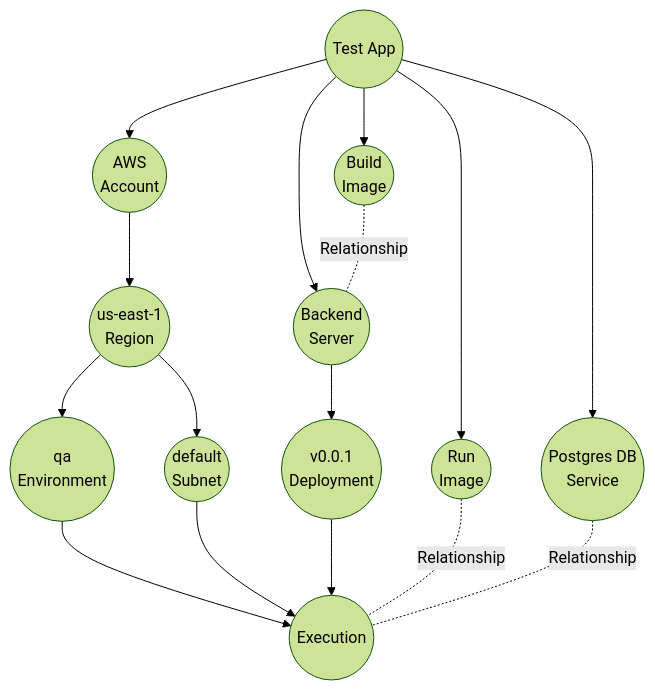
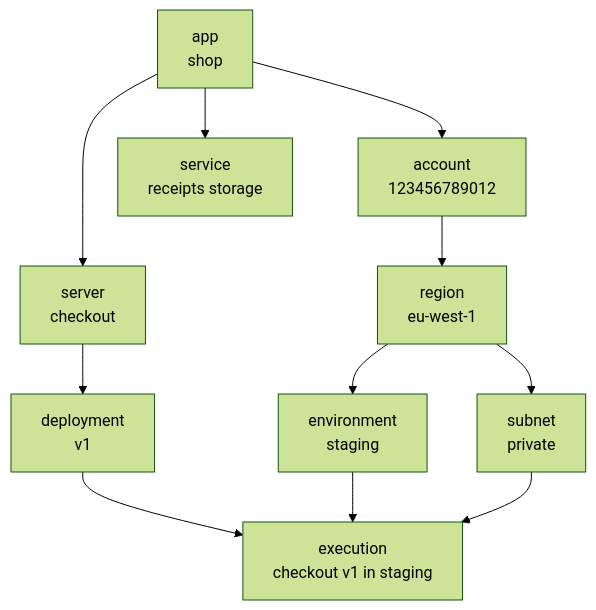
Before and after one commit to quadnix/octo: the diagram in apps/octo-docs/docs/fundamentals/models.mdx, drawn with Mermaid (forest theme). The commit also changed other lines of this file and 62 other files, not shown here.

````diff
--- a/apps/octo-docs/docs/fundamentals/models.mdx
+++ b/apps/octo-docs/docs/fundamentals/models.mdx
@@ -155,35 +21,23 @@
 ```mermaid
-graph TD;
-    app((Test App))
-    account((AWS <br/> Account))
-    region((us-east-1 <br/> Region))
-    environment((qa <br/> Environment))
-    subnet((default <br/> Subnet))
-    server((Backend <br/> Server))
-    deployment((v0.0.1 <br/> Deployment))
-    execution((Execution))
-    service((Postgres DB <br/> Service))
-    image1((Build <br/> Image))
-    image2((Run <br/> Image))
-
+graph TD
+;
+    app["app<br/>shop"];
+    account["account<br/>123456789012"];
+    region["region<br/>eu-west-1"];
+    environment["environment<br/>staging"];
+    subnet["subnet<br/>private"];
+    server["server<br/>checkout"];
+    deployment["deployment<br/>v1"];
+    execution["execution<br/>checkout v1 in staging"];
+    service["service<br/>receipts storage"];
     app --> account;
-    app --> server;
-    app --> service;
-    app --> image1;
-    app --> image2;
-
     account --> region;
-
     region --> environment;
     region --> subnet;
-
+    app --> server;
     server --> deployment;
-
+    app --> service;
+    deployment --> execution;
     environment --> execution;
     subnet --> execution;
-    deployment --> execution;
-
-    image1 -. Relationship .- server;
-    image2 -. Relationship .- execution;
-    service -. Relationship .- execution;
 ```
````
